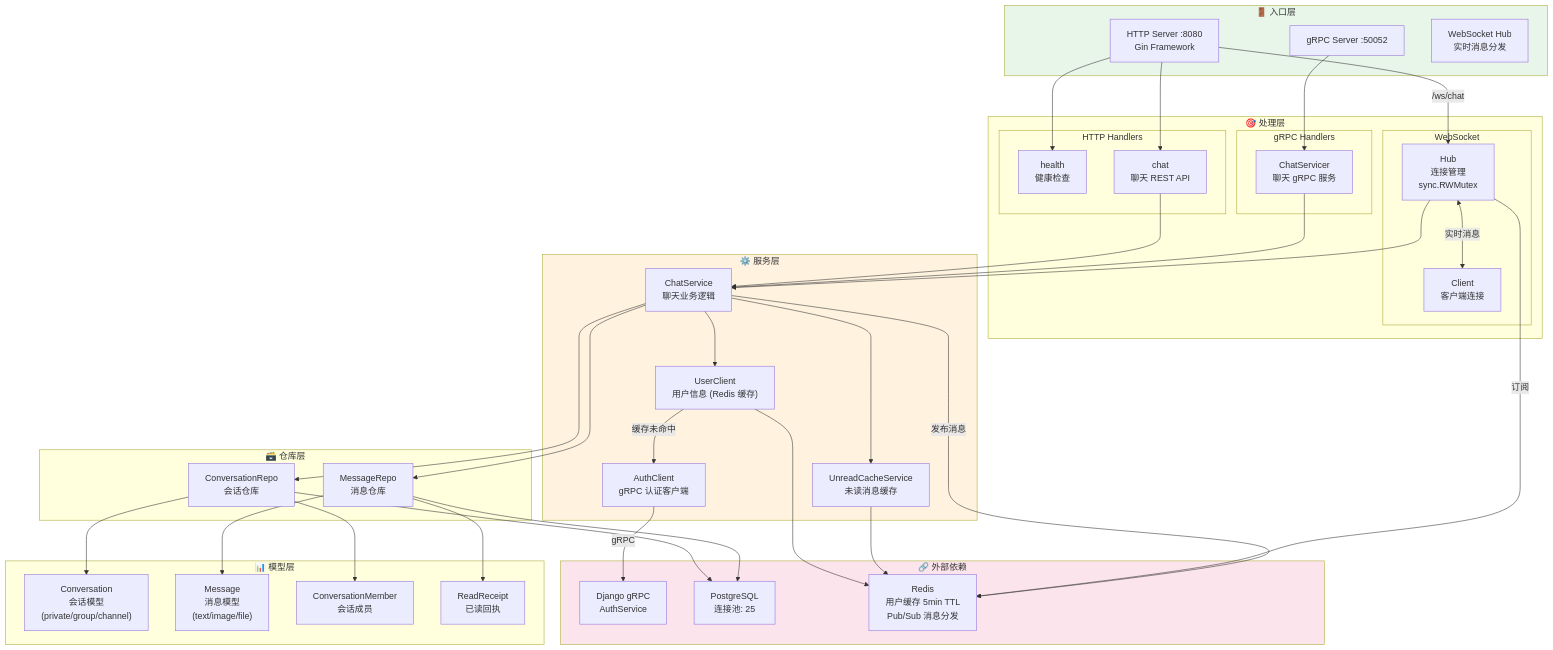
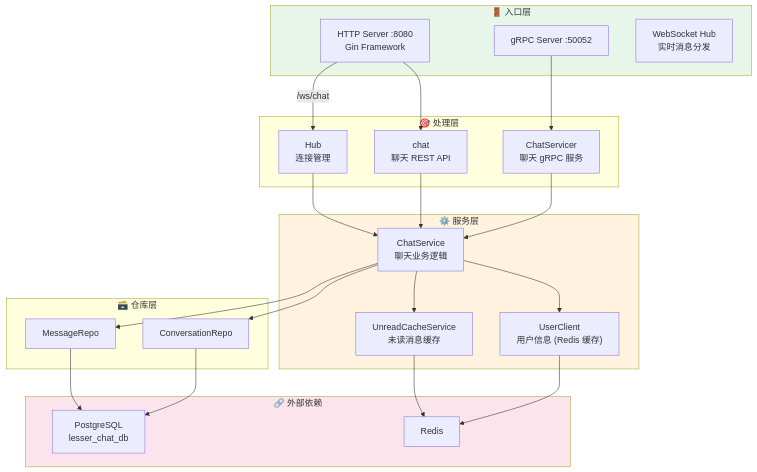
Before and after one commit to funcdfs/lesser: the fourth of 4 diagrams in docs/架构梳理.md, drawn with Mermaid. The commit also changed other lines of this file and 306 other files, not shown here.

```diff
--- a/docs/架构梳理.md
+++ b/docs/架构梳理.md
@@ -659,84 +420,45 @@
     end
 
     subgraph Handlers["🎯 处理层"]
-        subgraph HTTPHandlers["HTTP Handlers"]
-            HealthHandler["health<br/>健康检查"]
-            ChatHandler["chat<br/>聊天 REST API"]
-        end
-
-        subgraph GRPCHandlers["gRPC Handlers"]
-            ChatGRPCHandler["ChatServicer<br/>聊天 gRPC 服务"]
-        end
-
-        subgraph WSHandlers["WebSocket"]
-            Hub["Hub<br/>连接管理<br/>sync.RWMutex"]
-            Client["Client<br/>客户端连接"]
-        end
+        ChatHandler["chat<br/>聊天 REST API"]
+        ChatGRPCHandler["ChatServicer<br/>聊天 gRPC 服务"]
+        Hub["Hub<br/>连接管理"]
     end
 
     subgraph Services["⚙️ 服务层"]
         ChatService["ChatService<br/>聊天业务逻辑"]
-        AuthClient["AuthClient<br/>gRPC 认证客户端"]
         UserClient["UserClient<br/>用户信息 (Redis 缓存)"]
         UnreadCache["UnreadCacheService<br/>未读消息缓存"]
     end
 
-    subgraph Models["📊 模型层"]
-        Conversation["Conversation<br/>会话模型<br/>(private/group/channel)"]
-        Message["Message<br/>消息模型<br/>(text/image/file)"]
-        ConvMember["ConversationMember<br/>会话成员"]
-        ReadReceipt["ReadReceipt<br/>已读回执"]
-    end
-
     subgraph Repository["🗃️ 仓库层"]
-        ConvRepo["ConversationRepo<br/>会话仓库"]
-        MsgRepo["MessageRepo<br/>消息仓库"]
+        ConvRepo["ConversationRepo"]
+        MsgRepo["MessageRepo"]
     end
 
     subgraph External["🔗 外部依赖"]
-        DjangoGRPC["Django gRPC<br/>AuthService"]
-        PG["PostgreSQL<br/>连接池: 25"]
-        Redis["Redis<br/>用户缓存 5min TTL<br/>Pub/Sub 消息分发"]
+        PG["PostgreSQL<br/>lesser_chat_db"]
+        Redis["Redis"]
     end
 
-    %% 入口到处理
-    HTTP --> HealthHandler
     HTTP --> ChatHandler
     GRPC --> ChatGRPCHandler
     HTTP -->|/ws/chat| Hub
 
-    %% 处理到服务
     ChatHandler --> ChatService
     ChatGRPCHandler --> ChatService
     Hub --> ChatService
 
-    %% 服务层交互
     ChatService --> UserClient
     ChatService --> UnreadCache
-    UserClient -->|缓存未命中| AuthClient
-    AuthClient -->|gRPC| DjangoGRPC
-
-    %% 服务到仓库
     ChatService --> ConvRepo
     ChatService --> MsgRepo
 
-    %% 仓库到模型
-    ConvRepo --> Conversation
-    ConvRepo --> ConvMember
-    MsgRepo --> Message
-    MsgRepo --> ReadReceipt
-
-    %% 数据存储
     ConvRepo --> PG
     MsgRepo --> PG
     UserClient --> Redis
     UnreadCache --> Redis
 
-    %% WebSocket 消息流
-    Hub <-->|实时消息| Client
-    Hub -->|订阅| Redis
-    ChatService -->|发布消息| Redis
-
     style Entry fill:#e8f5e9
     style Services fill:#fff3e0
     style External fill:#fce4ec
```
